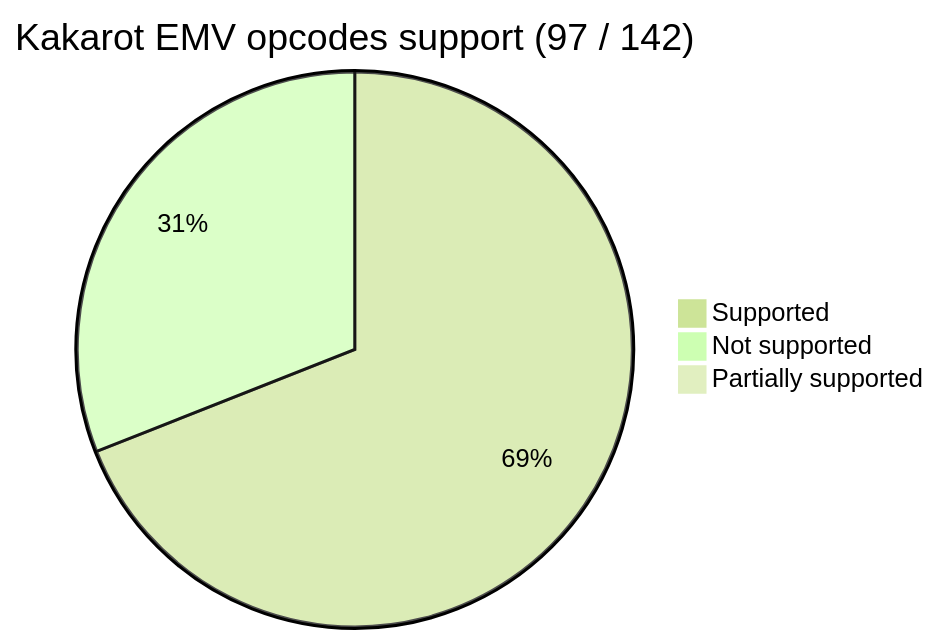
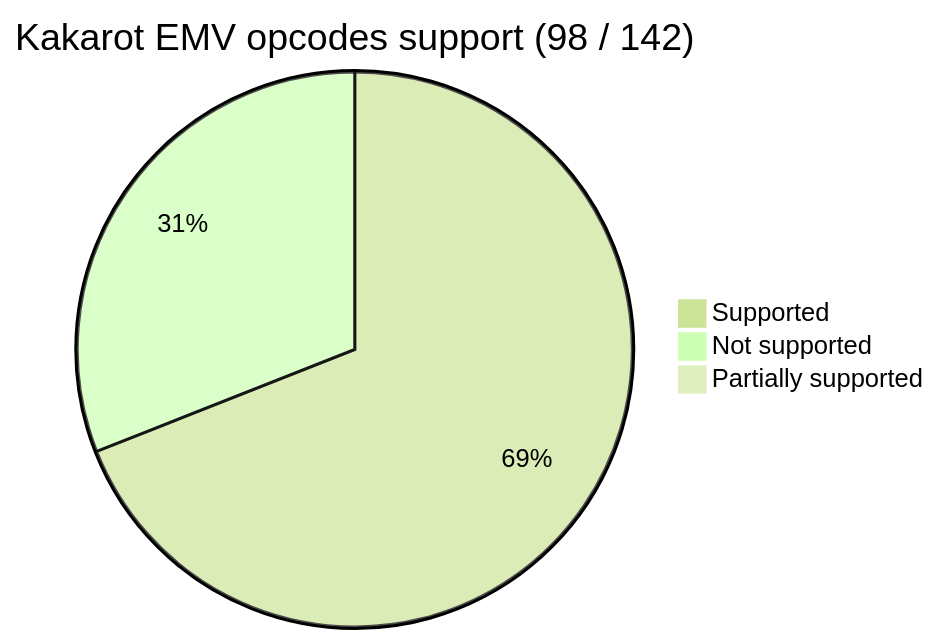
One commit to kkrt-labs/kakarot changed the first of 2 diagrams in README.md. Above: the diagram before and after it, drawn with Mermaid.

````diff
--- a/README.md
+++ b/README.md
@@ -40,9 +40,9 @@
 ```mermaid
 %%{init: {'theme': 'forest', 'themeVariables': { 'darkMode': 'false'}}}%%
 
-pie title Kakarot EMV opcodes support (97 / 142)
+pie title Kakarot EMV opcodes support (98 / 142)
     "Supported" : 98
     "Not supported" : 44
 
     "Partially supported" : 0
 ```
````
